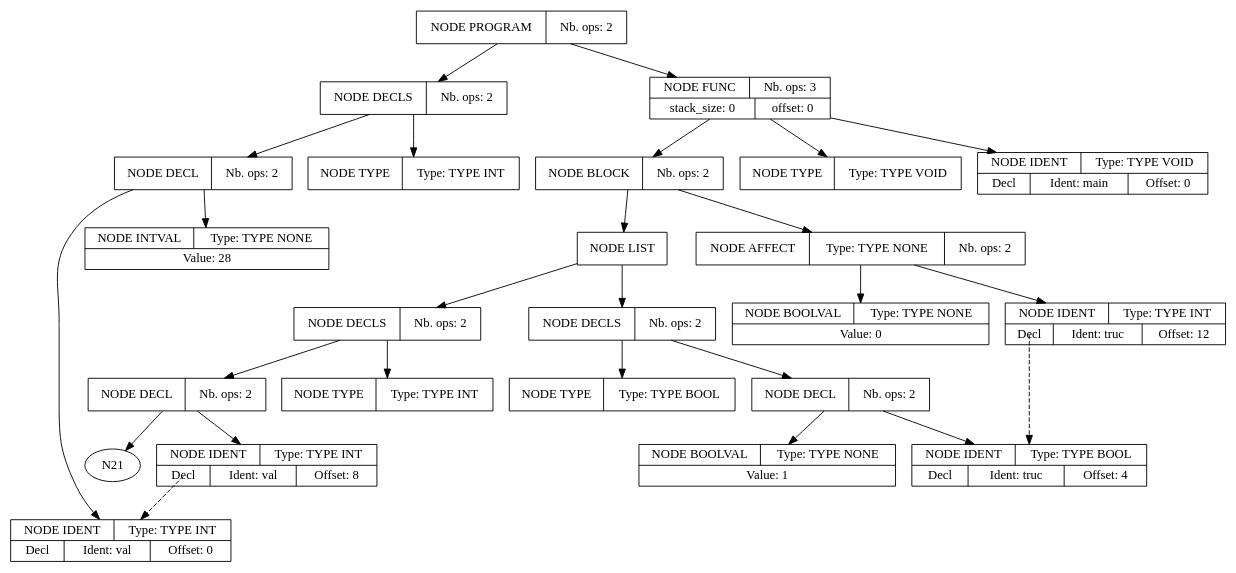
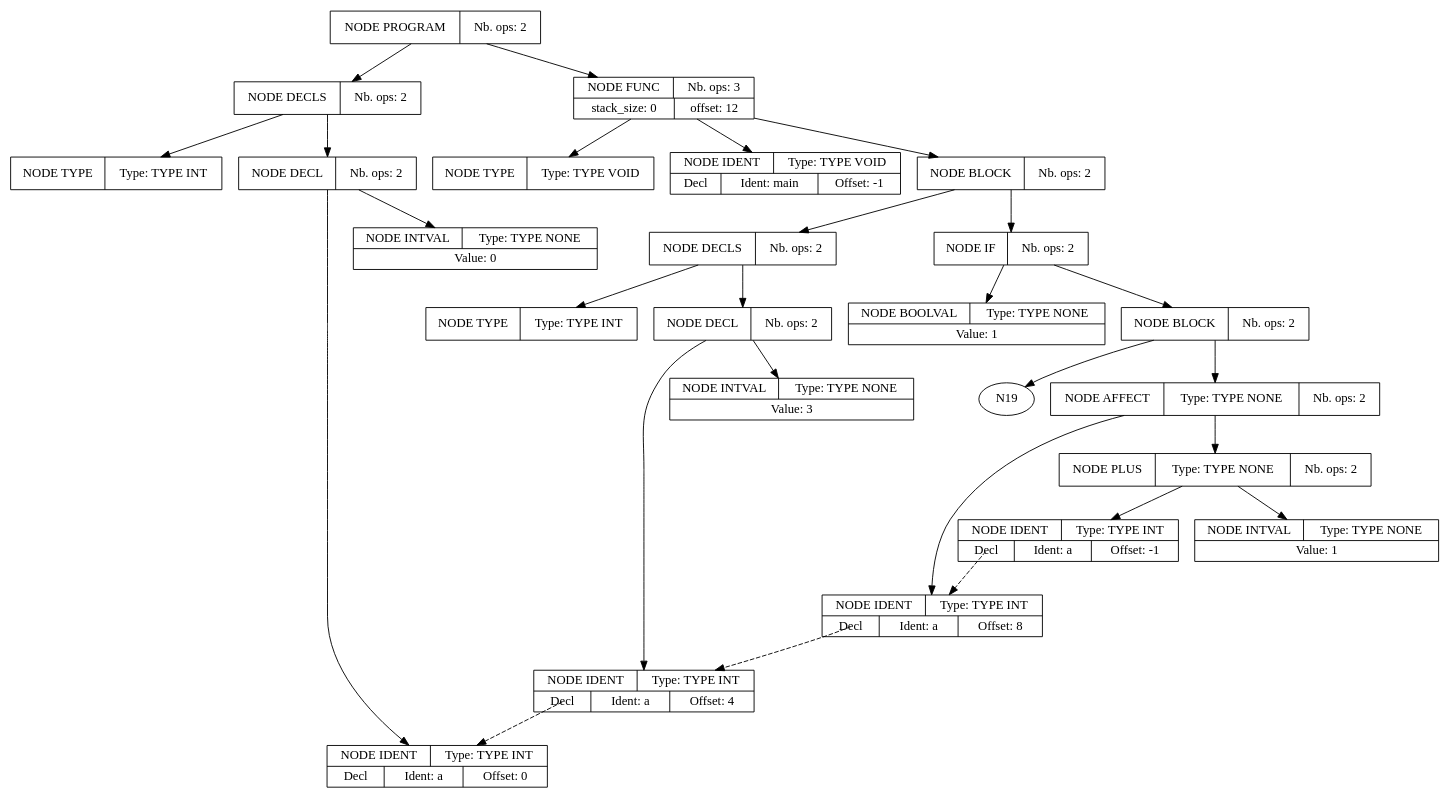
One commit to BACCARIS/Compilateur_miniC changed the diagram in src/apres_passe_1.dot. Above: the diagram before and after it, drawn with Graphviz. The commit also changed 8 other files, not shown here.

```diff
--- a/src/apres_passe_1.dot
+++ b/src/apres_passe_1.dot
@@ -1,75 +1,77 @@
 digraph global_vars {
     N1 [shape=record, label="{{NODE PROGRAM|Nb. ops: 2}}"];
     N2 [shape=record, label="{{NODE DECLS|Nb. ops: 2}}"];
     N3 [shape=record, label="{{NODE TYPE|Type: TYPE INT}}"];
     edge[tailclip=true];
     N2 -> N3
     N4 [shape=record, label="{{NODE DECL|Nb. ops: 2}}"];
-    N5 [shape=record, label="{{NODE IDENT|Type: TYPE INT}|{<decl>Decl      |Ident: val|Offset: 0}}"];
+    N5 [shape=record, label="{{NODE IDENT|Type: TYPE INT}|{<decl>Decl      |Ident: a|Offset: 0}}"];
     edge[tailclip=true];
     N4 -> N5
-    N6 [shape=record, label="{{NODE INTVAL|Type: TYPE NONE}|{Value: 28}}"];
+    N6 [shape=record, label="{{NODE INTVAL|Type: TYPE NONE}|{Value: 0}}"];
     edge[tailclip=true];
     N4 -> N6
     edge[tailclip=true];
     N2 -> N4
     edge[tailclip=true];
     N1 -> N2
-    N7 [shape=record, label="{{NODE FUNC|Nb. ops: 3}|{stack_size: 0|offset: 0}}"];
+    N7 [shape=record, label="{{NODE FUNC|Nb. ops: 3}|{stack_size: 0|offset: 12}}"];
     N8 [shape=record, label="{{NODE TYPE|Type: TYPE VOID}}"];
     edge[tailclip=true];
     N7 -> N8
-    N9 [shape=record, label="{{NODE IDENT|Type: TYPE VOID}|{<decl>Decl      |Ident: main|Offset: 0}}"];
+    N9 [shape=record, label="{{NODE IDENT|Type: TYPE VOID}|{<decl>Decl      |Ident: main|Offset: -1}}"];
     edge[tailclip=true];
     N7 -> N9
     N10 [shape=record, label="{{NODE BLOCK|Nb. ops: 2}}"];
-    N11 [shape=record, label="{{NODE LIST}}"];
-    N12 [shape=record, label="{{NODE DECLS|Nb. ops: 2}}"];
-    N13 [shape=record, label="{{NODE TYPE|Type: TYPE BOOL}}"];
-    edge[tailclip=true];
-    N12 -> N13
-    N14 [shape=record, label="{{NODE DECL|Nb. ops: 2}}"];
-    N15 [shape=record, label="{{NODE IDENT|Type: TYPE BOOL}|{<decl>Decl      |Ident: truc|Offset: 4}}"];
-    edge[tailclip=true];
-    N14 -> N15
-    N16 [shape=record, label="{{NODE BOOLVAL|Type: TYPE NONE}|{Value: 1}}"];
-    edge[tailclip=true];
-    N14 -> N16
-    edge[tailclip=true];
-    N12 -> N14
+    N11 [shape=record, label="{{NODE DECLS|Nb. ops: 2}}"];
+    N12 [shape=record, label="{{NODE TYPE|Type: TYPE INT}}"];
     edge[tailclip=true];
     N11 -> N12
-    N17 [shape=record, label="{{NODE DECLS|Nb. ops: 2}}"];
-    N18 [shape=record, label="{{NODE TYPE|Type: TYPE INT}}"];
+    N13 [shape=record, label="{{NODE DECL|Nb. ops: 2}}"];
+    N14 [shape=record, label="{{NODE IDENT|Type: TYPE INT}|{<decl>Decl      |Ident: a|Offset: 4}}"];
+    edge[tailclip=false];
+    "N14":decl:c -> "N5" [style=dashed]
     edge[tailclip=true];
-    N17 -> N18
-    N19 [shape=record, label="{{NODE DECL|Nb. ops: 2}}"];
-    N20 [shape=record, label="{{NODE IDENT|Type: TYPE INT}|{<decl>Decl      |Ident: val|Offset: 8}}"];
-    edge[tailclip=false];
-    "N20":decl:c -> "N5" [style=dashed]
+    N13 -> N14
+    N15 [shape=record, label="{{NODE INTVAL|Type: TYPE NONE}|{Value: 3}}"];
     edge[tailclip=true];
-    N19 -> N20
+    N13 -> N15
     edge[tailclip=true];
-    N19 -> N21
-    edge[tailclip=true];
-    N17 -> N19
-    edge[tailclip=true];
-    N11 -> N17
+    N11 -> N13
     edge[tailclip=true];
     N10 -> N11
-    N22 [shape=record, label="{{NODE AFFECT|Type: TYPE NONE|Nb. ops: 2}}"];
-    N23 [shape=record, label="{{NODE IDENT|Type: TYPE INT}|{<decl>Decl      |Ident: truc|Offset: 12}}"];
+    N16 [shape=record, label="{{NODE IF|Nb. ops: 2}}"];
+    N17 [shape=record, label="{{NODE BOOLVAL|Type: TYPE NONE}|{Value: 1}}"];
+    edge[tailclip=true];
+    N16 -> N17
+    N18 [shape=record, label="{{NODE BLOCK|Nb. ops: 2}}"];
+    edge[tailclip=true];
+    N18 -> N19
+    N20 [shape=record, label="{{NODE AFFECT|Type: TYPE NONE|Nb. ops: 2}}"];
+    N21 [shape=record, label="{{NODE IDENT|Type: TYPE INT}|{<decl>Decl      |Ident: a|Offset: 8}}"];
     edge[tailclip=false];
-    "N23":decl:c -> "N15" [style=dashed]
+    "N21":decl:c -> "N14" [style=dashed]
+    edge[tailclip=true];
+    N20 -> N21
+    N22 [shape=record, label="{{NODE PLUS|Type: TYPE NONE|Nb. ops: 2}}"];
+    N23 [shape=record, label="{{NODE IDENT|Type: TYPE INT}|{<decl>Decl      |Ident: a|Offset: -1}}"];
+    edge[tailclip=false];
+    "N23":decl:c -> "N21" [style=dashed]
     edge[tailclip=true];
     N22 -> N23
-    N24 [shape=record, label="{{NODE BOOLVAL|Type: TYPE NONE}|{Value: 0}}"];
+    N24 [shape=record, label="{{NODE INTVAL|Type: TYPE NONE}|{Value: 1}}"];
     edge[tailclip=true];
     N22 -> N24
     edge[tailclip=true];
-    N10 -> N22
+    N20 -> N22
+    edge[tailclip=true];
+    N18 -> N20
+    edge[tailclip=true];
+    N16 -> N18
+    edge[tailclip=true];
+    N10 -> N16
     edge[tailclip=true];
     N7 -> N10
     edge[tailclip=true];
     N1 -> N7
 }
```
